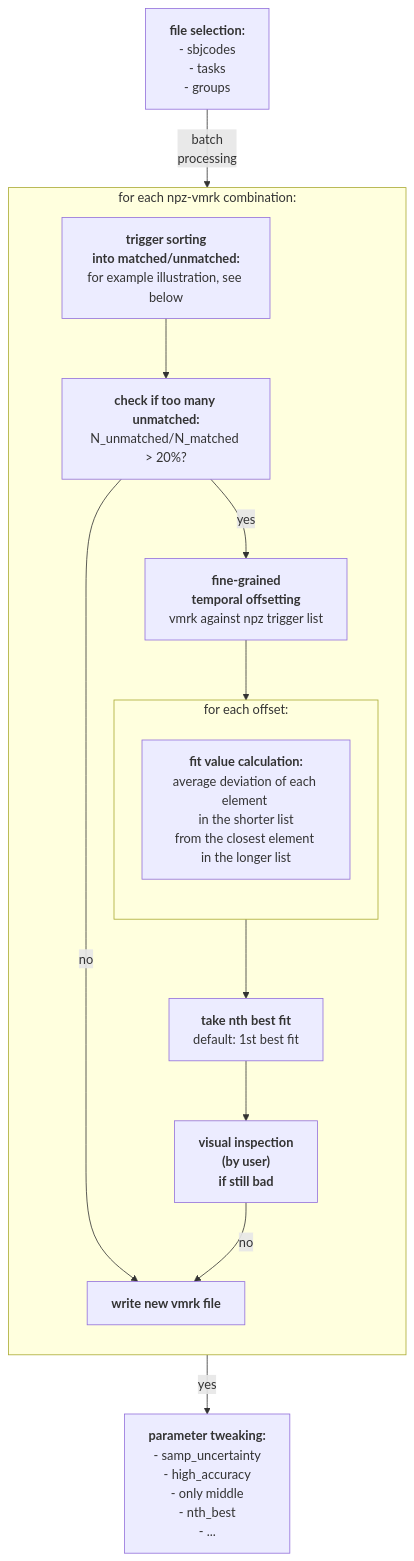
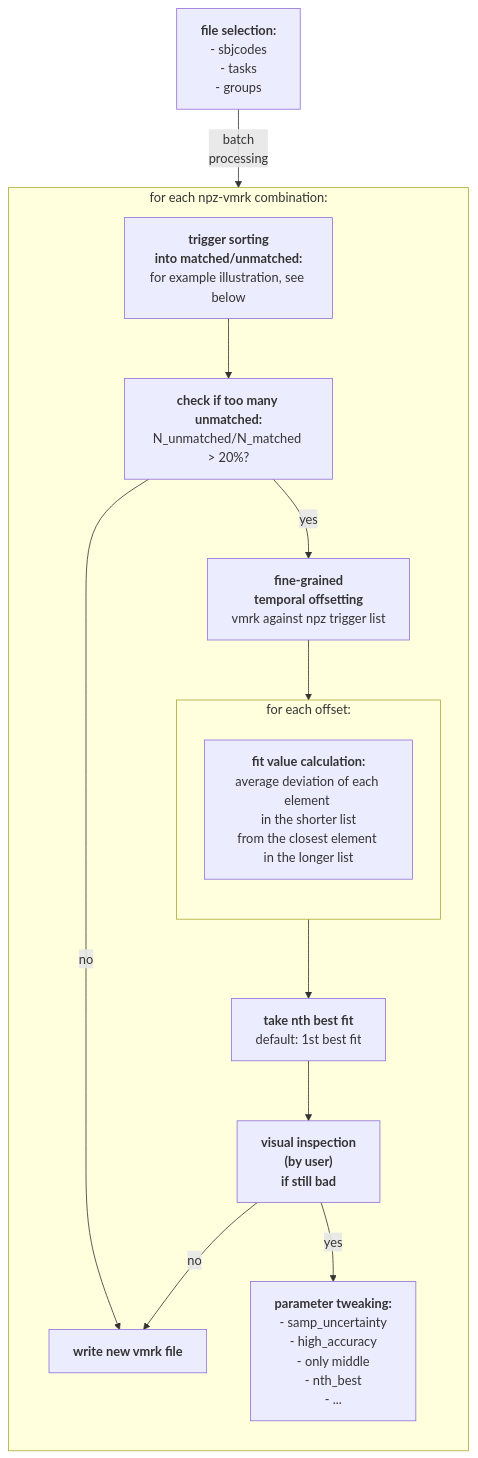
Before and after one commit to neuro-dream/Trigger-Fix: the diagram in README.md, drawn with Mermaid.

````diff
--- a/README.md
+++ b/README.md
@@ -6,35 +6,35 @@
 ```mermaid
 %% (function: <a href='https://github.com/neurodream/Trigger-Fix/blob/main/trigfix/trigger_compare_functions.py#L92'>apply_fix</a>)
 
 graph TD;
     A["<b>file selection:</b><br>- sbjcodes<br> - tasks<br> - groups"]
     B["<b>trigger sorting<br>into matched/unmatched:</b><br>for example illustration, see below"]
     C["<b>check if too many unmatched:</b><br>N_unmatched/N_matched > 20%?"]
     D["<b>fine-grained <br>temporal offsetting</b><br>vmrk against npz trigger list"]
     E["<b>fit value calculation:</b><br>average deviation of each element <br> in the shorter list <br>from the closest element <br>in the longer list"]
     F["<b>take nth best fit</b><br>default: 1st best fit"]
     G["<b>write new vmrk file</b>"]
     H["<b>visual inspection <br>(by user) <br>if still bad</b>"]
     I["<b>parameter tweaking:</b><br>- samp_uncertainty<br>- high_accuracy<br>- only middle<br>- nth_best<br>- ..."]
 
 subgraph for_each_file_comb["for each npz-vmrk combination:"]
     direction TB
     B-->C;
     C-->|no|G;
     C-->|yes|D;
     subgraph for_each_offset["for each offset:"]
         direction TB
         E
     end
     D-->for_each_offset;
     for_each_offset-->F;
     F-->H;
     %% for_each_file_comb -- "until<br>all files<br>processed" --> for_each_file_comb;
     %% G--"until<br>all files<br>processed" --> for_each_file_comb;
     H-->|no|G;
+    H-->|yes|I;
 end
 
 A--"batch <br>processing"-->for_each_file_comb;
-H-->|yes|I;
 %% I-->A;
 ```
````
